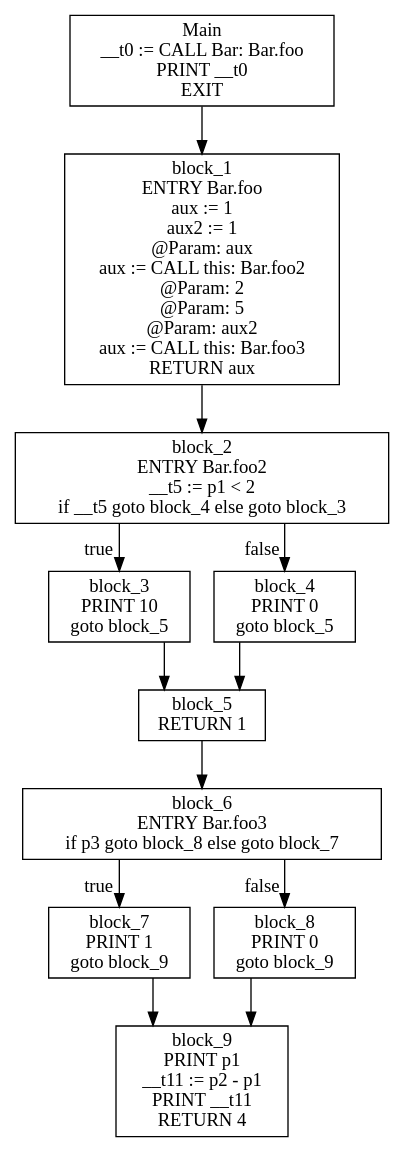
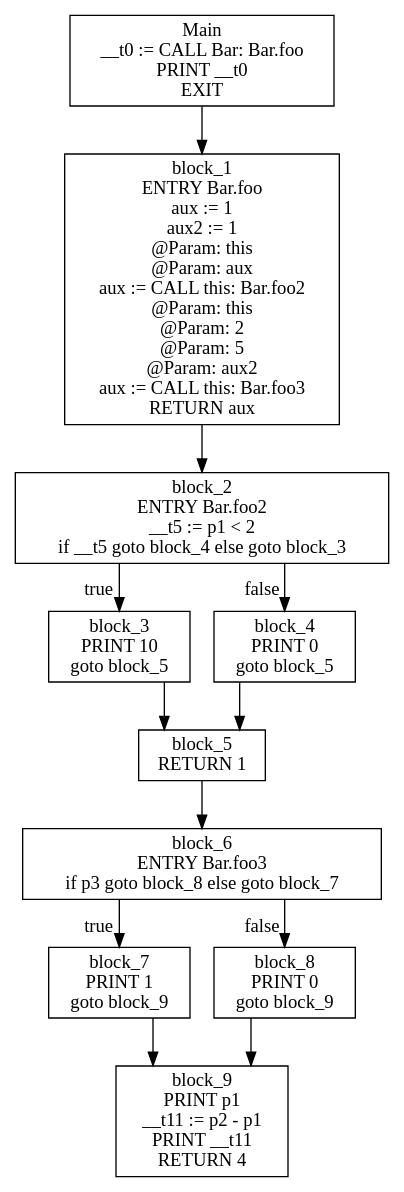
One commit to AIlhomov/Flex changed the diagram in assignment_1/getting_started/cfg.dot. Above: the diagram before and after it, drawn with Graphviz. The commit also changed 5 other files, not shown here.

```diff
--- a/assignment_1/getting_started/cfg.dot
+++ b/assignment_1/getting_started/cfg.dot
@@ -1,25 +1,25 @@
 digraph CFG {
 graph [splines=ortho];
 node [shape=box];
 Main -> block_1;
 Main [label="Main\n__t0 := CALL Bar: Bar.foo\nPRINT __t0\nEXIT\n"];
 block_1 -> block_2;
-block_1 [label="block_1\nENTRY Bar.foo\naux := 1\naux2 := 1\n @Param: aux\naux := CALL this: Bar.foo2\n @Param: 2\n @Param: 5\n @Param: aux2\naux := CALL this: Bar.foo3\nRETURN aux\n"];
+block_1 [label="block_1\nENTRY Bar.foo\naux := 1\naux2 := 1\n @Param: this\n @Param: aux\naux := CALL this: Bar.foo2\n @Param: this\n @Param: 2\n @Param: 5\n @Param: aux2\naux := CALL this: Bar.foo3\nRETURN aux\n"];
 block_2 -> block_3 [xlabel="true"];
 block_2 -> block_4 [xlabel="false"];
 block_2 [label="block_2\nENTRY Bar.foo2\n__t5 := p1 < 2\nif __t5 goto block_4 else goto block_3\n"];
 block_3 -> block_5;
 block_3 [label="block_3\nPRINT 10\ngoto block_5\n"];
 block_4 -> block_5;
 block_4 [label="block_4\nPRINT 0\ngoto block_5\n"];
 block_5 -> block_6;
 block_5 [label="block_5\nRETURN 1\n"];
 block_6 -> block_7 [xlabel="true"];
 block_6 -> block_8 [xlabel="false"];
 block_6 [label="block_6\nENTRY Bar.foo3\nif p3 goto block_8 else goto block_7\n"];
 block_7 -> block_9;
 block_7 [label="block_7\nPRINT 1\ngoto block_9\n"];
 block_8 -> block_9;
 block_8 [label="block_8\nPRINT 0\ngoto block_9\n"];
 block_9 [label="block_9\nPRINT p1\n__t11 := p2 - p1\nPRINT __t11\nRETURN 4\n"];
 }
```
